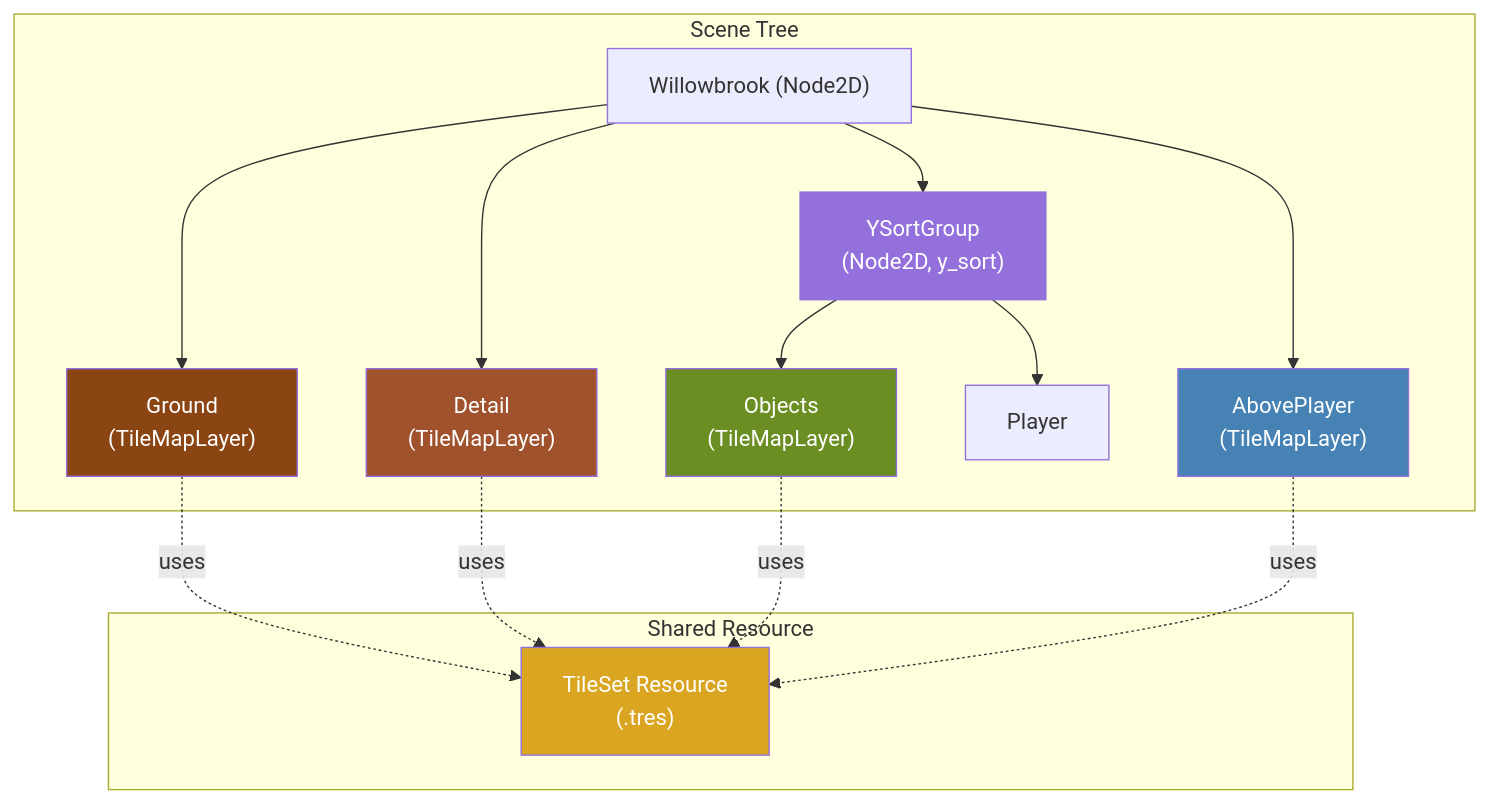
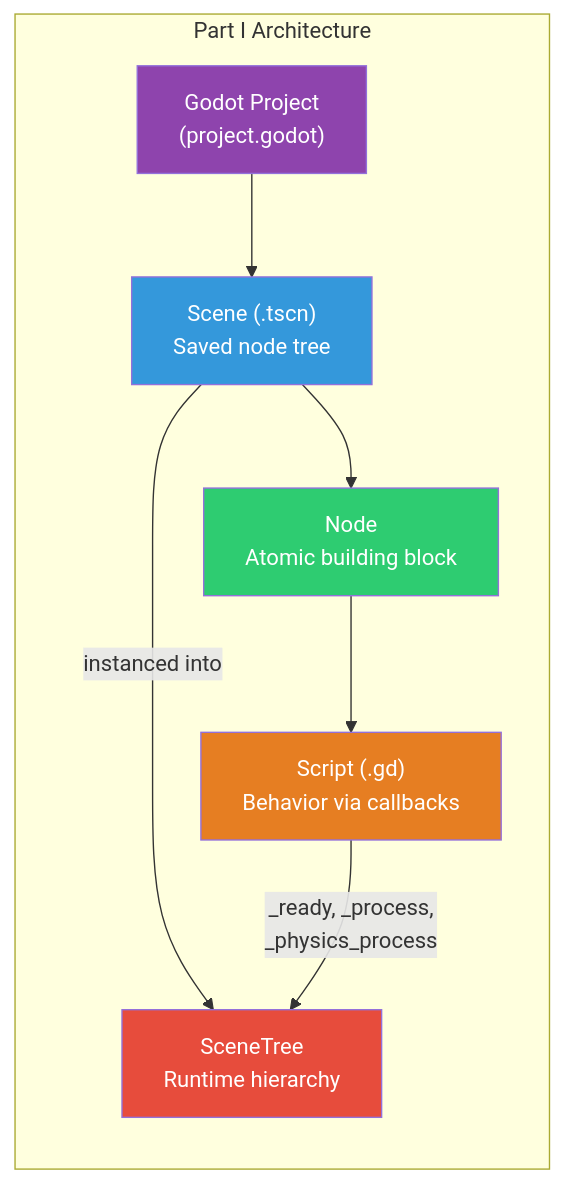
The sixth of 50 diagrams in tutorial/diagrams.md (Jorge-D-Robles/gemini-fantasy), drawn with Mermaid before and after one commit. The commit also changed other lines of this file and 24 other files, not shown here.

Commit message:
Refine tutorial Mermaid diagrams

````diff
--- a/tutorial/diagrams.md
+++ b/tutorial/diagrams.md
@@ -159,35 +133,23 @@
 ```mermaid
 graph TD
-    subgraph "Scene Tree"
-        Root["Willowbrook (Node2D)"]
-        G["Ground\n(TileMapLayer)"]
-        D["Detail\n(TileMapLayer)"]
-        YS["YSortGroup\n(Node2D, y_sort)"]
-        O["Objects\n(TileMapLayer)"]
-        Player["Player"]
-        AP["AbovePlayer\n(TileMapLayer)"]
+    subgraph "Part I Architecture"
+        direction TD
+        Project["Godot Project\n(project.godot)"]
+        Scene["Scene (.tscn)\nSaved node tree"]
+        Node["Node\nAtomic building block"]
+        Script["Script (.gd)\nBehavior via callbacks"]
+        Tree["SceneTree\nRuntime hierarchy"]
 
-        Root --> G
-        Root --> D
-        Root --> YS
-        YS --> O
-        YS --> Player
-        Root --> AP
+        Project --> Scene
+        Scene --> Node
+        Node --> Script
+        Scene --> |"instanced into"| Tree
+        Script --> |"_ready, _process,\n_physics_process"| Tree
     end
 
-    subgraph "Shared Resource"
-        TS["TileSet Resource\n(.tres)"]
-    end
-
-    G -. "uses" .-> TS
-    D -. "uses" .-> TS
-    O -. "uses" .-> TS
-    AP -. "uses" .-> TS
-
-    style G fill:#8B4513,color:#fff
-    style D fill:#A0522D,color:#fff
-    style O fill:#6B8E23,color:#fff
-    style AP fill:#4682B4,color:#fff
-    style TS fill:#DAA520,color:#fff
-    style YS fill:#9370DB,color:#fff
+    style Project fill:#8e44ad,color:#fff
+    style Scene fill:#3498db,color:#fff
+    style Node fill:#2ecc71,color:#fff
+    style Script fill:#e67e22,color:#fff
+    style Tree fill:#e74c3c,color:#fff
 ```
````
